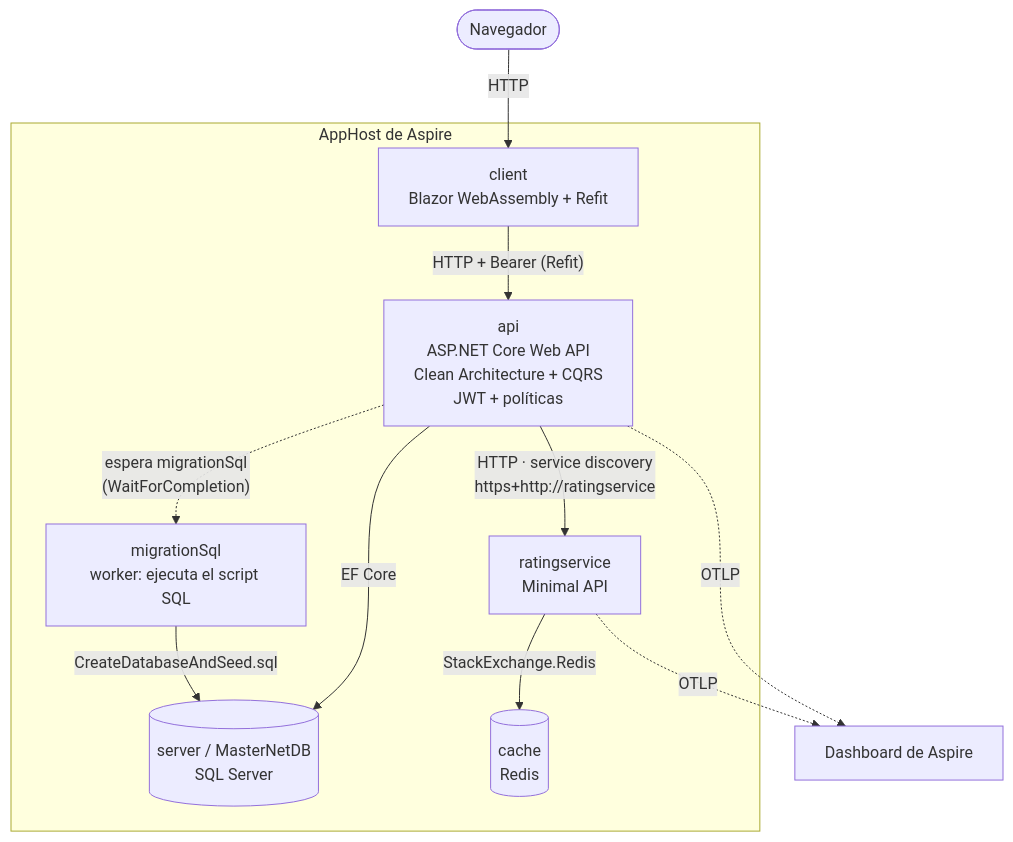
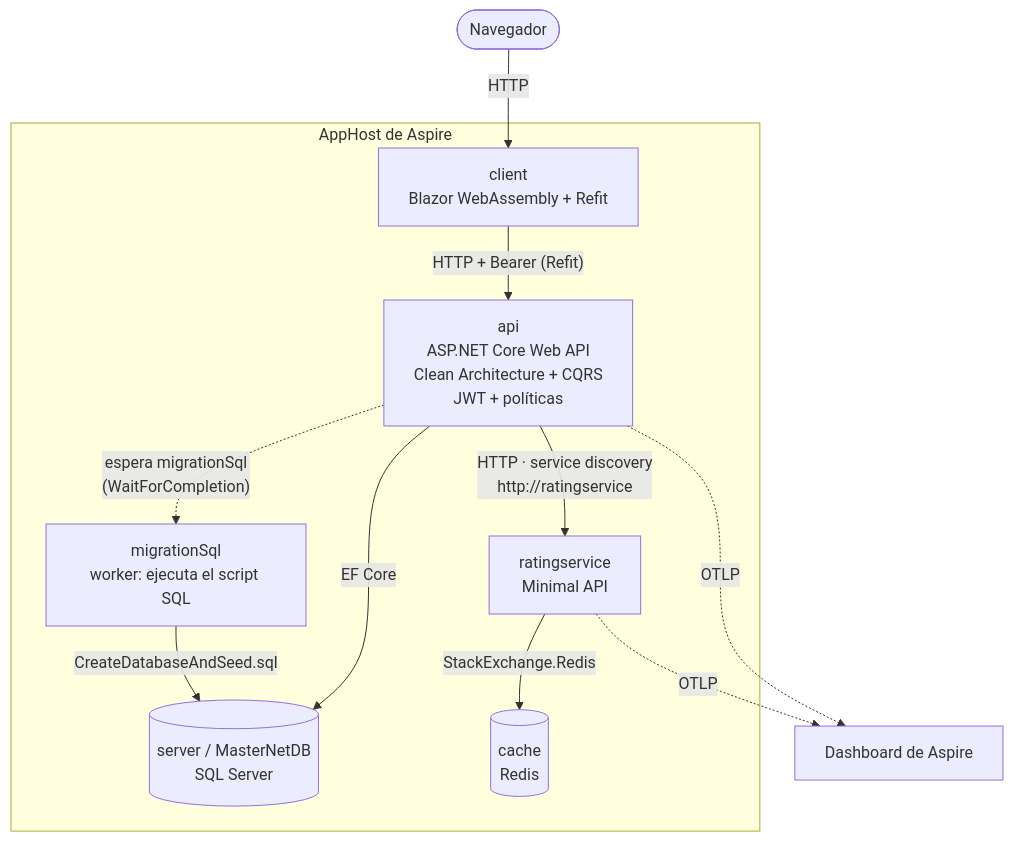
The second of 3 diagrams in docs/diagramas.md (arielzamora/aspire-net10-microservices), drawn with Mermaid before and after one commit. The commit also changed 2 other files, not shown here.

Commit message:
La API llama al RatingService por http (service discovery) y no por https
El CI fallaba con "The SSL connection could not be established": con https+http, el descubrimiento de servicios
prueba primero https, y en el runner de Linux el certificado de desarrollo del RatingService no es de confianza.
El tráfico es interno entre servicios, así que se usa http://ratingservice (en Azure el ingress interno también es http).

````diff
--- a/docs/diagramas.md
+++ b/docs/diagramas.md
@@ -27,26 +27,26 @@
 ```mermaid
 flowchart TB
     browser(["Navegador"])
 
     subgraph aspire["AppHost de Aspire"]
         client["client<br/>Blazor WebAssembly + Refit"]
         api["api<br/>ASP.NET Core Web API<br/>Clean Architecture + CQRS<br/>JWT + políticas"]
         rating["ratingservice<br/>Minimal API"]
         migration["migrationSql<br/>worker: ejecuta el script SQL"]
         sql[("server / MasterNetDB<br/>SQL Server")]
         redis[("cache<br/>Redis")]
     end
 
     dashboard["Dashboard de Aspire"]
 
     browser -->|HTTP| client
     client -->|"HTTP + Bearer (Refit)"| api
     api -->|EF Core| sql
-    api -->|"HTTP · service discovery<br/>https+http://ratingservice"| rating
+    api -->|"HTTP · service discovery<br/>http://ratingservice"| rating
     rating -->|StackExchange.Redis| redis
     migration -->|"CreateDatabaseAndSeed.sql"| sql
     api -. "espera migrationSql<br/>(WaitForCompletion)" .-> migration
 
     api -.->|OTLP| dashboard
     rating -.->|OTLP| dashboard
 ```
````
